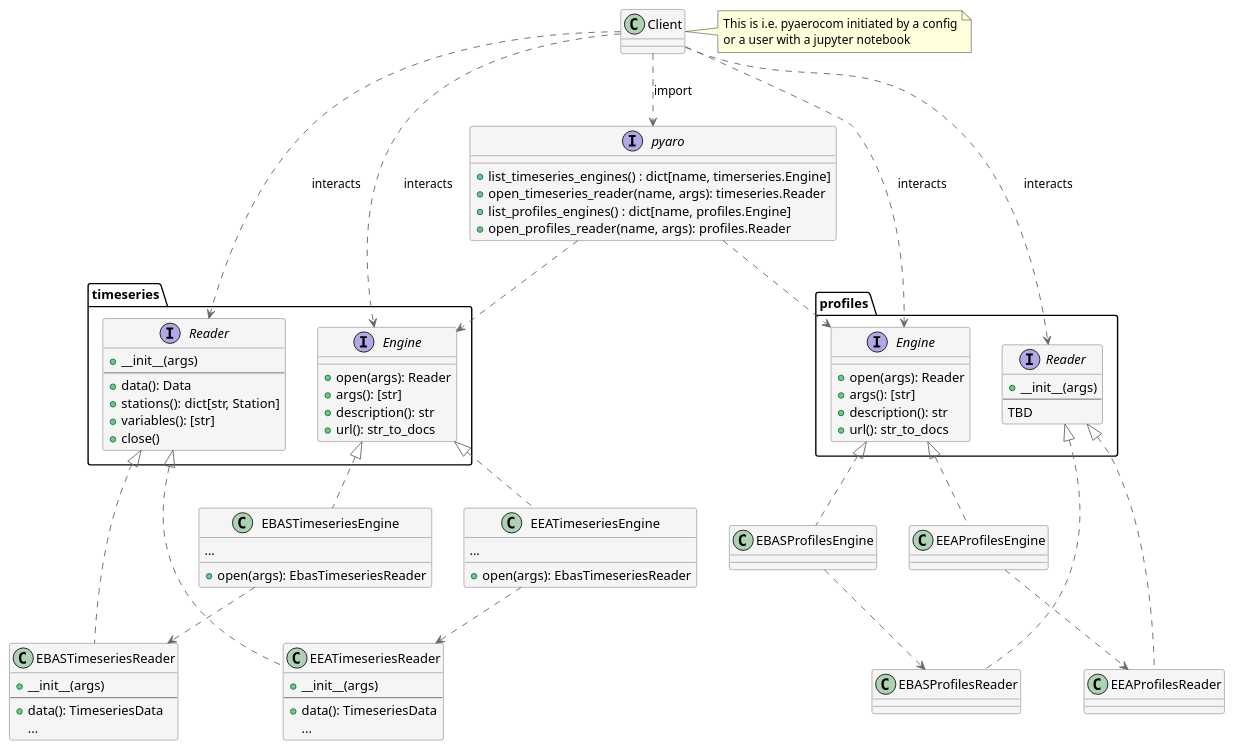
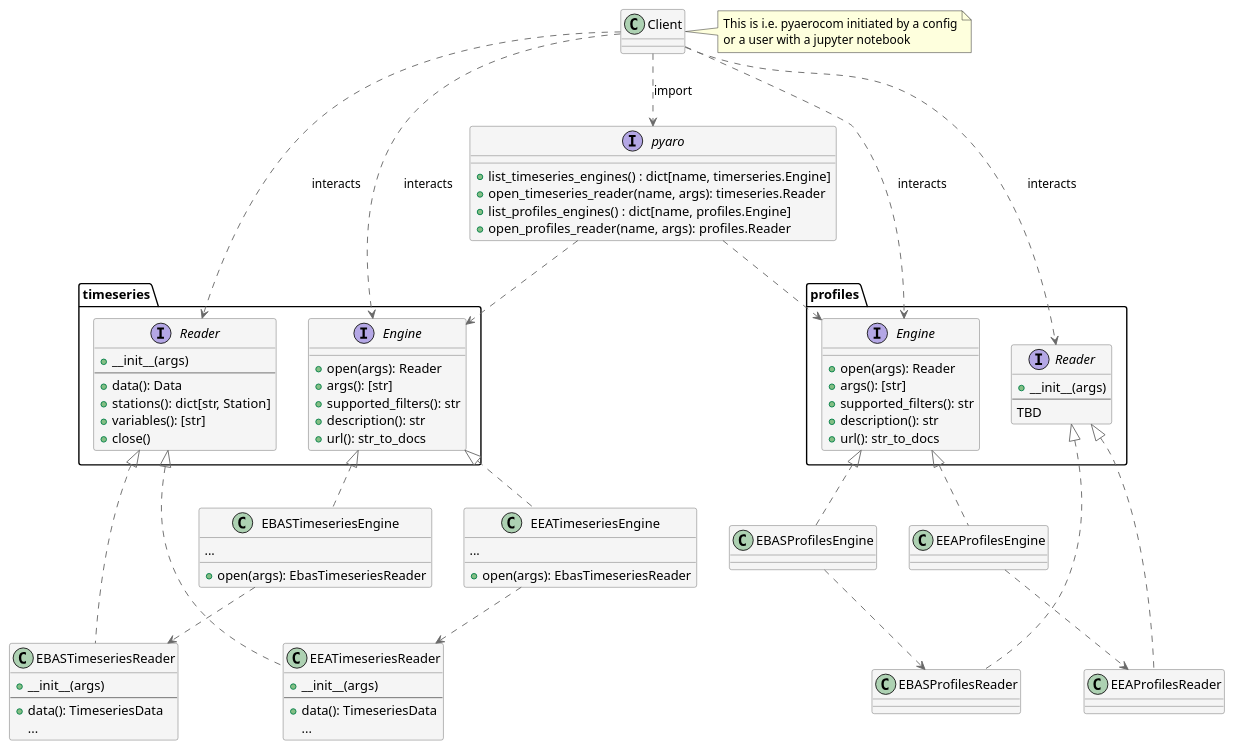
One commit to metno/pyaro changed the diagram in docs/puml/ReaderFactory.puml. Above: the diagram before and after it, drawn with PlantUML. The commit also changed 4 other files, not shown here.

```diff
--- a/docs/puml/ReaderFactory.puml
+++ b/docs/puml/ReaderFactory.puml
@@ -1,112 +1,114 @@
 @startuml
 
 skinparam class {
   backgroundColor whitesmoke
   arrowColor dimgrey
   borderColor dimgrey
 }
 
 ' Abstract Factory Patter
 ' Factory -> MeasurementNetwork
 
 class Client
 note right of Client
 This is i.e. pyaerocom initiated by a config
 or a user with a jupyter notebook
 end note
 
 interface pyaro {
   + list_timeseries_engines() : dict[name, timerseries.Engine]
   + open_timeseries_reader(name, args): timeseries.Reader
   + list_profiles_engines() : dict[name, profiles.Engine]
   + open_profiles_reader(name, args): profiles.Reader
 }
 
 interface timeseries.Engine {
   + open(args): Reader
   + args(): [str]
+  + supported_filters(): str
   + description(): str
   + url(): str_to_docs
 }
 
 class EBASTimeseriesEngine {
   + open(args): EbasTimeseriesReader
   ...
 }
 
 class EEATimeseriesEngine {
   + open(args): EbasTimeseriesReader
   ...
 }
 
 interface timeseries.Reader {
   + __init__(args)
   --
   + data(): Data
   + stations(): dict[str, Station]
   + variables(): [str]
   + close()
 }
 
 class EBASTimeseriesReader {
   + __init__(args)
   --
   + data(): TimeseriesData
   ...
 }
 
 class EEATimeseriesReader {
   + __init__(args)
   --
   + data(): TimeseriesData
   ...
 }
 
 interface profiles.Engine {
   + open(args): Reader
   + args(): [str]
+  + supported_filters(): str
   + description(): str
   + url(): str_to_docs
 }
 
 interface profiles.Reader {
   + __init__(args)
   --
   TBD
 }
 
 class EBASProfilesReader {
 }
 
 class EEAProfilesReader {
 }
 
 timeseries.Engine <|.. EBASTimeseriesEngine
 timeseries.Engine <|.. EEATimeseriesEngine
 
 timeseries.Reader <|.. EBASTimeseriesReader
 timeseries.Reader <|.. EEATimeseriesReader
 
 profiles.Engine <|.. EBASProfilesEngine
 profiles.Engine <|.. EEAProfilesEngine
 
 profiles.Reader <|.. EBASProfilesReader
 profiles.Reader <|.. EEAProfilesReader
 
 
 EEAProfilesEngine ..> EEAProfilesReader
 EEATimeseriesEngine ..> EEATimeseriesReader
 
 EBASProfilesEngine ..> EBASProfilesReader
 EBASTimeseriesEngine ..> EBASTimeseriesReader
 
 Client ..> pyaro: import
 pyaro ..> timeseries.Engine
 pyaro ..> profiles.Engine
 Client ..> timeseries.Engine: interacts
 Client ..> timeseries.Reader : interacts
 Client ..> profiles.Engine : interacts
 Client ..> profiles.Reader : interacts
 
 
 @enduml
```
